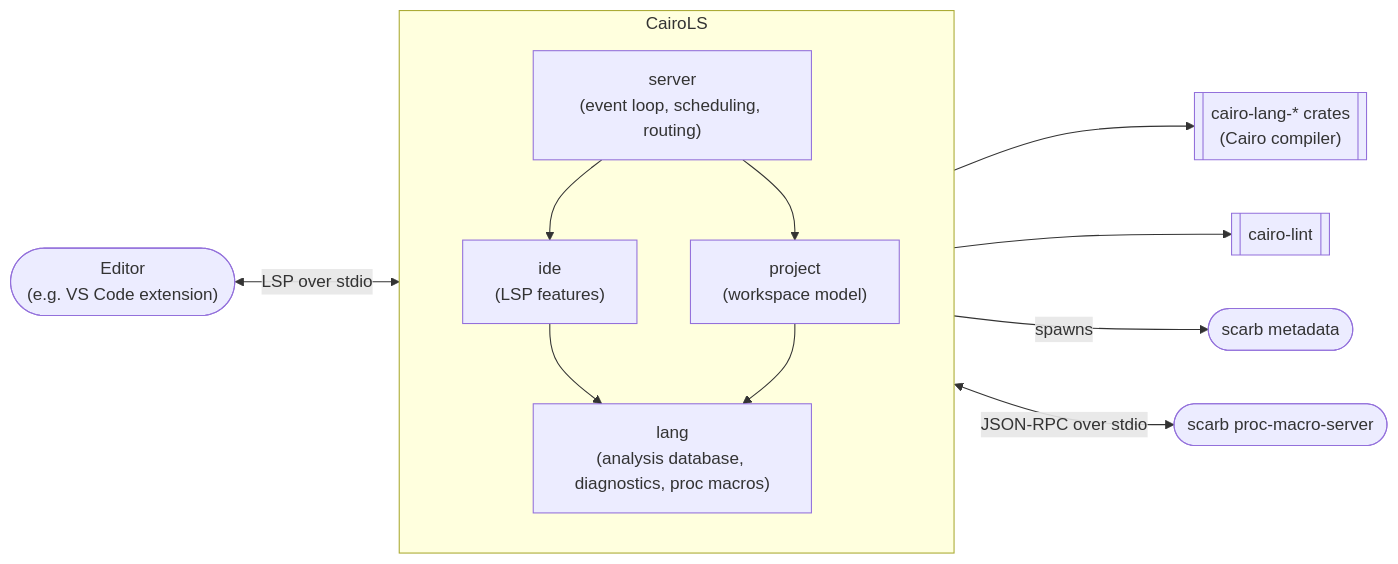
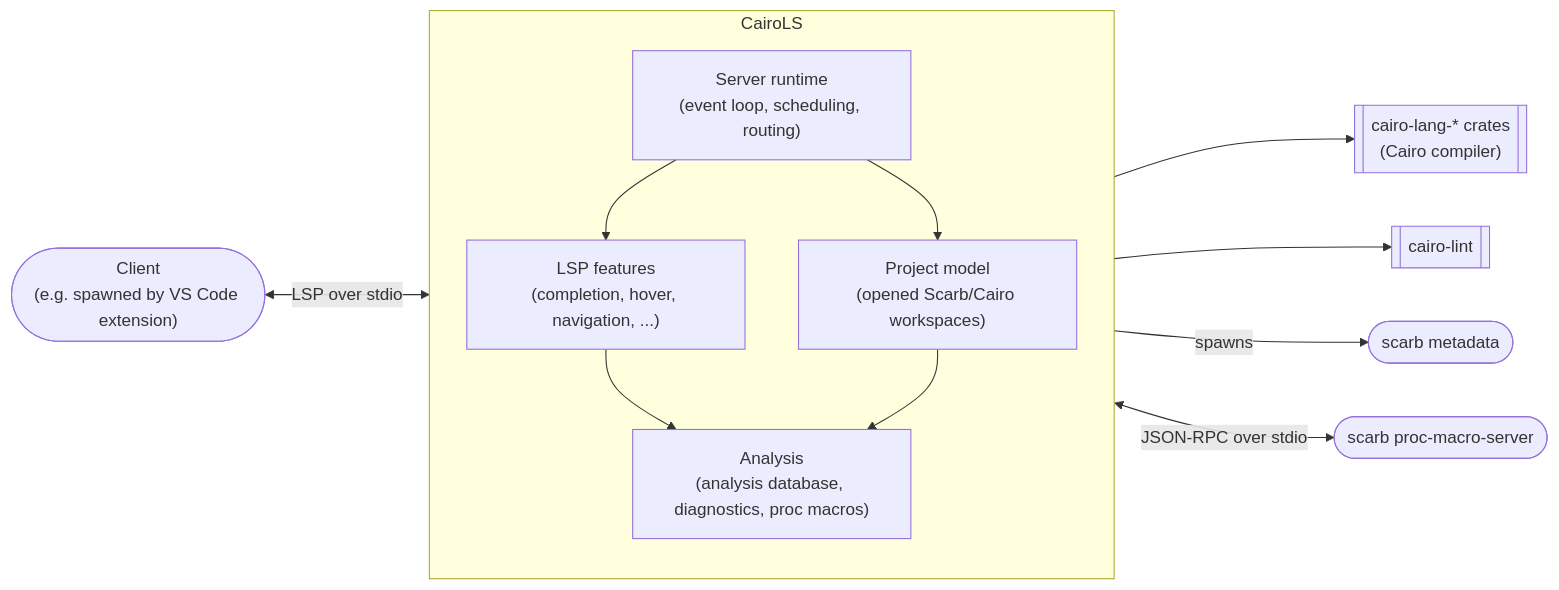
One commit to software-mansion/cairols changed the first of 7 diagrams in ARCHITECTURE.md. Above: the diagram before and after it, drawn with Mermaid.

Commit message:
Adjust bird eye graph

````diff
--- a/ARCHITECTURE.md
+++ b/ARCHITECTURE.md
@@ -41,23 +41,23 @@
 ```mermaid
 flowchart LR
-    editor(["Editor<br/>(e.g. VS Code extension)"])
+    editor(["Client<br/>(e.g. spawned by VS Code extension)"])
     subgraph LS ["CairoLS"]
         direction TB
-        server["server<br/>(event loop, scheduling, routing)"]
-        ide["ide<br/>(LSP features)"]
-        lang["lang<br/>(analysis database, diagnostics, proc macros)"]
-        project["project<br/>(workspace model)"]
+        server["Server runtime<br/>(event loop, scheduling, routing)"]
+        ide["LSP features<br/>(completion, hover, navigation, ...)"]
+        lang["Analysis<br/>(analysis database, diagnostics, proc macros)"]
+        project["Project model<br/>(opened Scarb/Cairo workspaces)"]
         server --> ide --> lang
         server --> project --> lang
     end
     compiler[["cairo-lang-* crates<br/>(Cairo compiler)"]]
     lint[["cairo-lint"]]
     scarb(["scarb metadata"])
     pms(["scarb proc-macro-server"])
 
     editor <-- "LSP over stdio" --> server
     lang --> compiler
     lang --> lint
     project -- "spawns" --> scarb
     lang <-- "JSON-RPC over stdio" --> pms
 ```
````
